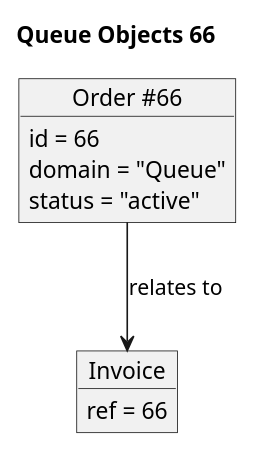
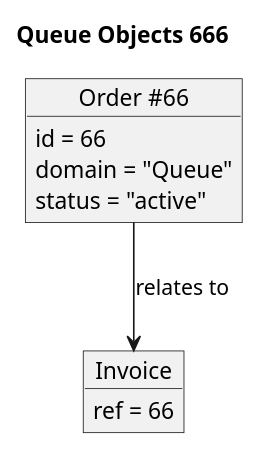
Before and after one commit to TTihomir/PlantUML-diagrams: the diagram in 066_object_queue.md, drawn with PlantUML.

Commit message:
Update title in Object Queue documentation

````diff
--- a/066_object_queue.md
+++ b/066_object_queue.md
@@ -3,14 +3,14 @@
 ```plantuml
 @startuml
-title Queue Objects 66
+title Queue Objects 666
 object "Order #66" as O1 {
   id = 66
   domain = "Queue"
   status = "active"
 }
 object "Invoice" as O2 {
   ref = 66
 }
 O1 --> O2 : relates to
 @enduml
 ```
````
